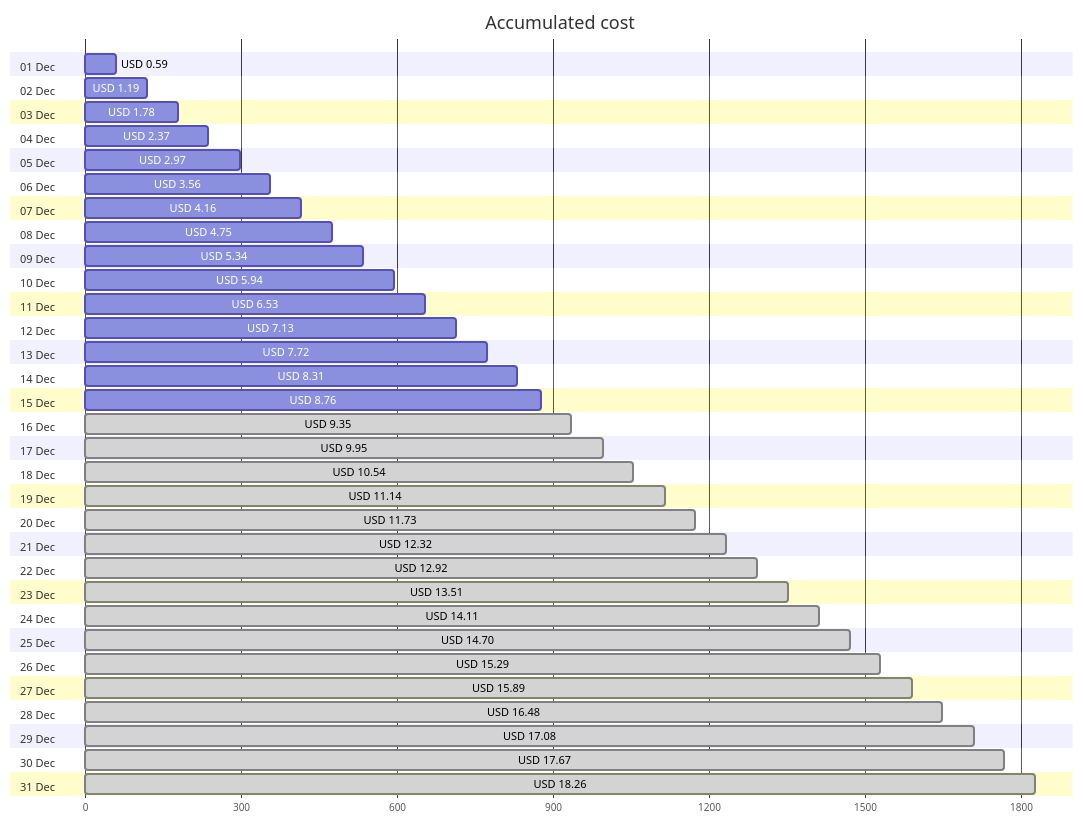
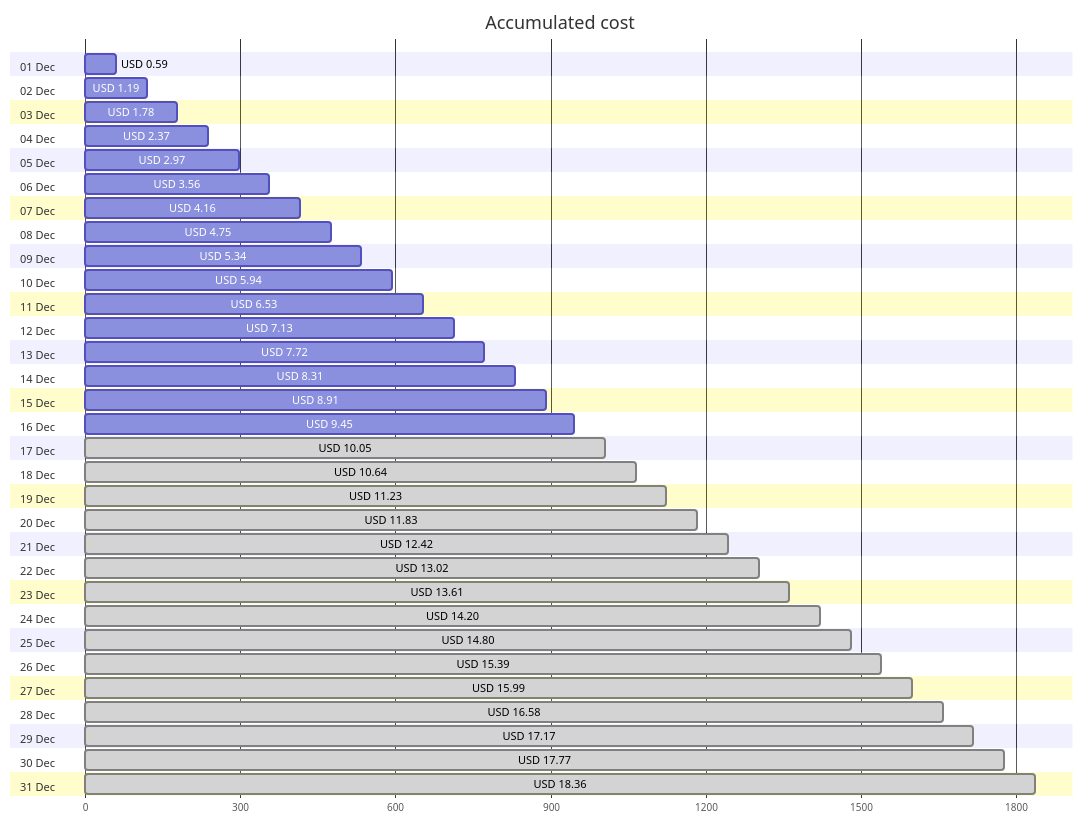
The first of 4 diagrams in cost-reports/personal-site/README.md (jpfulton/azure-personal-reports), drawn with Mermaid before and after one commit. The commit also changed other lines of this file and 6 other files, not shown here.

````diff
--- a/cost-reports/personal-site/README.md
+++ b/cost-reports/personal-site/README.md
@@ -20,68 +20,68 @@
 ```mermaid
 gantt
    title Accumulated cost
    dateFormat  X
    axisFormat %s
    section 01 Dec
    USD 0.59 :0, 59
    section 02 Dec
    USD 1.19 :0, 119
    section 03 Dec
    USD 1.78 :0, 178
    section 04 Dec
    USD 2.37 :0, 237
    section 05 Dec
    USD 2.97 :0, 297
    section 06 Dec
    USD 3.56 :0, 356
    section 07 Dec
    USD 4.16 :0, 416
    section 08 Dec
    USD 4.75 :0, 475
    section 09 Dec
    USD 5.34 :0, 534
    section 10 Dec
    USD 5.94 :0, 594
    section 11 Dec
    USD 6.53 :0, 653
    section 12 Dec
    USD 7.13 :0, 713
    section 13 Dec
    USD 7.72 :0, 772
    section 14 Dec
    USD 8.31 :0, 831
    section 15 Dec
-   USD 8.76 :0, 876
+   USD 8.91 :0, 891
    section 16 Dec
-   USD 9.35 : done, 0, 935
+   USD 9.45 :0, 945
    section 17 Dec
-   USD 9.95 : done, 0, 995
+   USD 10.05 : done, 0, 1005
    section 18 Dec
-   USD 10.54 : done, 0, 1054
+   USD 10.64 : done, 0, 1064
    section 19 Dec
-   USD 11.14 : done, 0, 1114
+   USD 11.23 : done, 0, 1123
    section 20 Dec
-   USD 11.73 : done, 0, 1173
+   USD 11.83 : done, 0, 1183
    section 21 Dec
-   USD 12.32 : done, 0, 1232
+   USD 12.42 : done, 0, 1242
    section 22 Dec
-   USD 12.92 : done, 0, 1292
+   USD 13.02 : done, 0, 1302
    section 23 Dec
-   USD 13.51 : done, 0, 1351
+   USD 13.61 : done, 0, 1361
    section 24 Dec
-   USD 14.11 : done, 0, 1411
+   USD 14.20 : done, 0, 1420
    section 25 Dec
-   USD 14.70 : done, 0, 1470
+   USD 14.80 : done, 0, 1480
    section 26 Dec
-   USD 15.29 : done, 0, 1529
+   USD 15.39 : done, 0, 1539
    section 27 Dec
-   USD 15.89 : done, 0, 1589
+   USD 15.99 : done, 0, 1599
    section 28 Dec
-   USD 16.48 : done, 0, 1648
+   USD 16.58 : done, 0, 1658
    section 29 Dec
-   USD 17.08 : done, 0, 1708
+   USD 17.17 : done, 0, 1717
    section 30 Dec
-   USD 17.67 : done, 0, 1767
+   USD 17.77 : done, 0, 1777
    section 31 Dec
-   USD 18.26 : done, 0, 1826
+   USD 18.36 : done, 0, 1836
 ```
````
